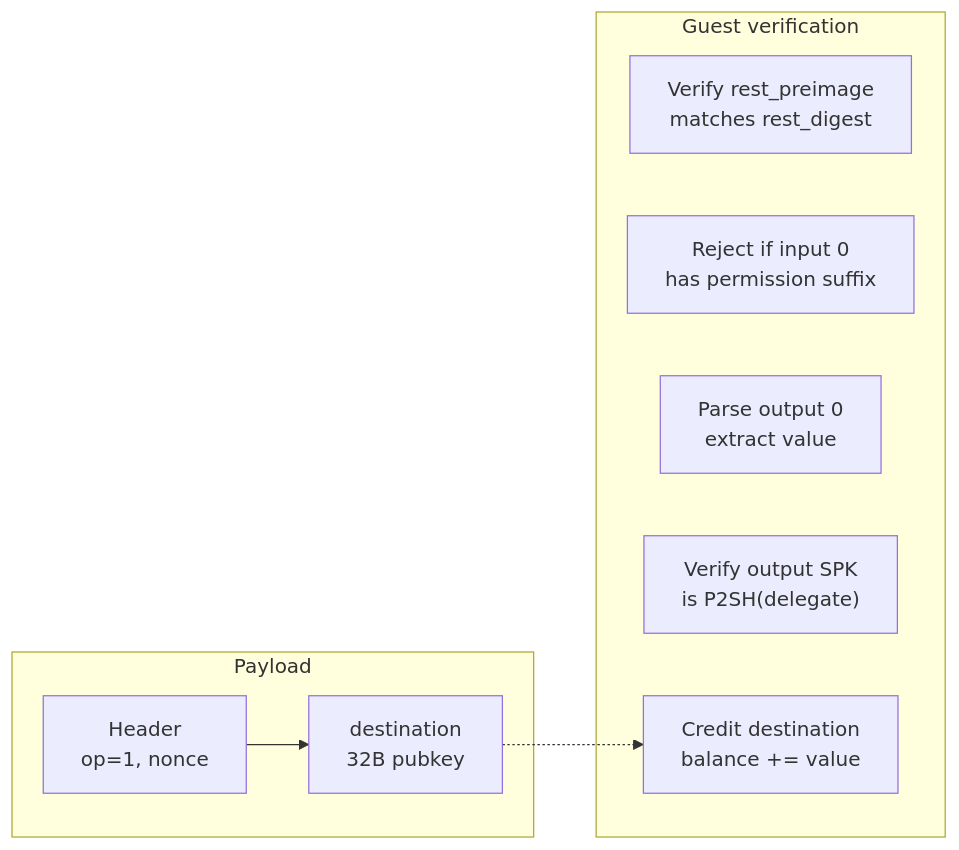
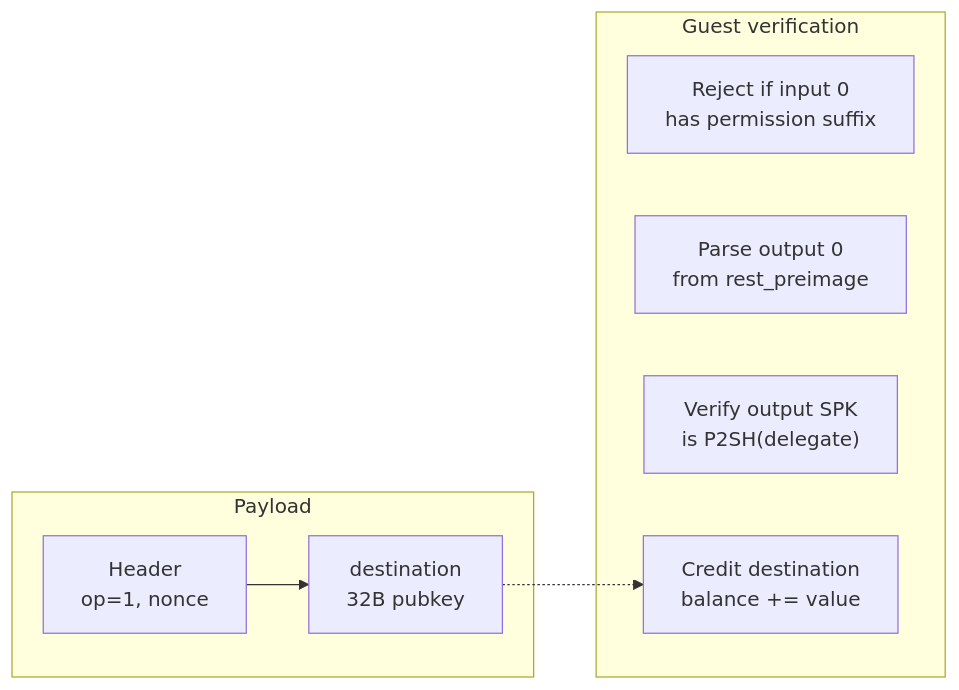
The second of 3 diagrams in examples/zk-covenant-rollup/book/src/ch04-action-types.md (kaspanet/rusty-kaspa), drawn with Mermaid before and after one commit. The commit also changed other lines of this file and 15 other files, not shown here.

````diff
--- a/examples/zk-covenant-rollup/book/src/ch04-action-types.md
+++ b/examples/zk-covenant-rollup/book/src/ch04-action-types.md
@@ -75,19 +75,18 @@
 ```mermaid
 flowchart LR
     subgraph Payload
         HDR["Header<br/>op=1, nonce"]
         DST["destination<br/>32B pubkey"]
     end
 
     HDR --> DST
 
     subgraph Guest["Guest verification"]
-        REST["Verify rest_preimage<br/>matches rest_digest"]
         SUFFIX["Reject if input 0<br/>has permission suffix"]
-        OUTPUT["Parse output 0<br/>extract value"]
+        OUTPUT["Parse output 0<br/>from rest_preimage"]
         SPK["Verify output SPK<br/>is P2SH(delegate)"]
         CREDIT["Credit destination<br/>balance += value"]
     end
 
     DST -.-> CREDIT
 ```
````
